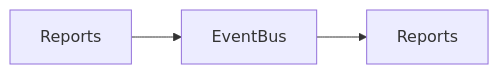
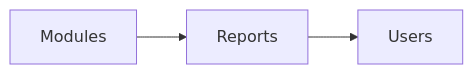
Before and after one commit to sameheg/cafeos: the diagram in ModulesDoc/REPORTS.md, drawn with Mermaid. The commit also changed other lines of this file and 21 other files, not shown here.

````diff
--- a/ModulesDoc/REPORTS.md
+++ b/ModulesDoc/REPORTS.md
@@ -16,5 +15,5 @@
 ```mermaid
 flowchart LR
-  A[Reports] --> B[EventBus]
-  B --> C[Reports]
+  Modules --> Reports
+  Reports --> Users
 ```
````
